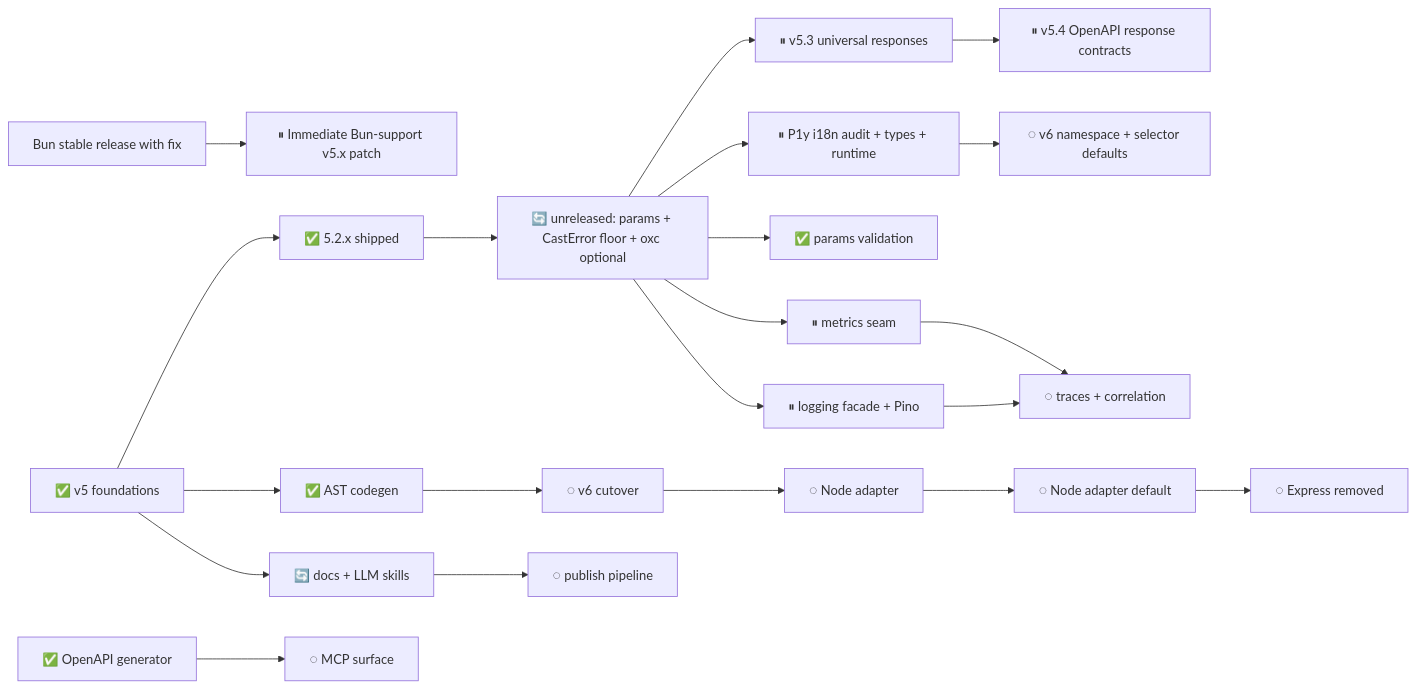
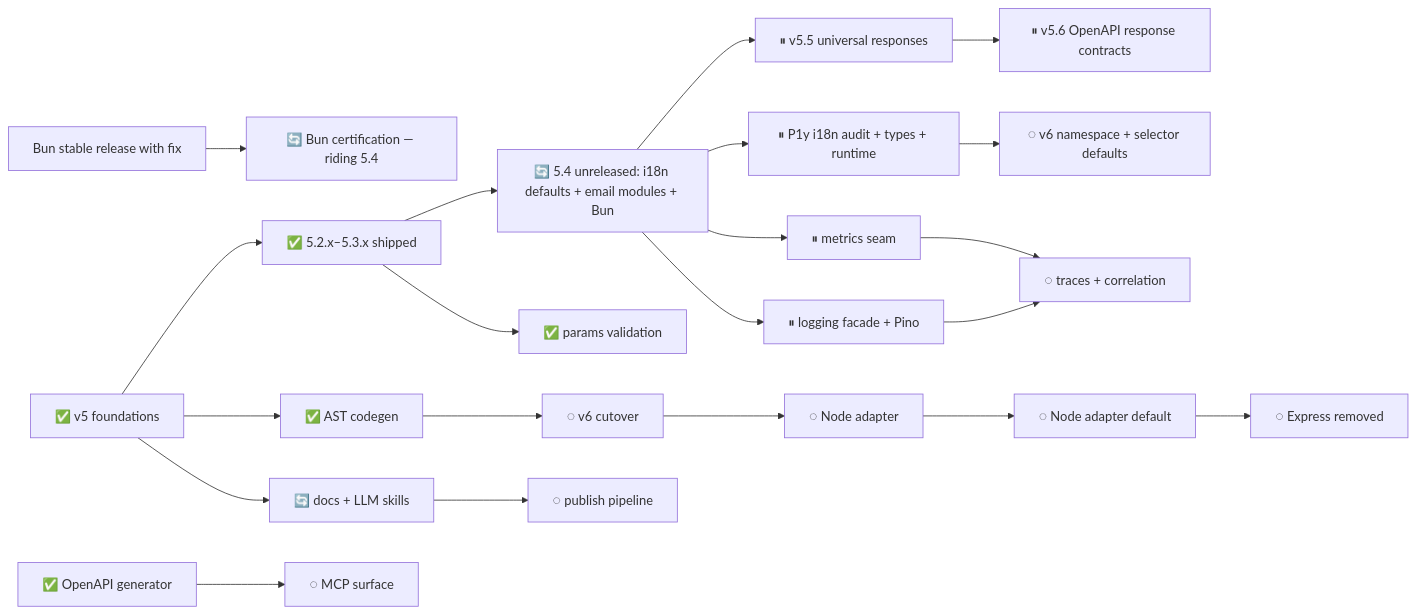
Before and after one commit to adaptivestone/framework: the diagram in .plans/refactor/README.md, drawn with Mermaid. The commit also changed other lines of this file and 11 other files, not shown here.

Commit message:
add initial bun support

````diff
--- a/.plans/refactor/README.md
+++ b/.plans/refactor/README.md
@@ -42,30 +42,30 @@
 ```mermaid
 flowchart LR
-    Foundation["✅ v5 foundations"] --> Patch["✅ 5.2.x shipped"]
-    Patch --> Unreleased["🔄 unreleased: params + CastError floor + oxc optional"]
+    Foundation["✅ v5 foundations"] --> Patch["✅ 5.2.x–5.3.x shipped"]
+    Patch --> Unreleased["🔄 5.4 unreleased: i18n defaults + email modules + Bun"]
 
-    Unreleased --> Responses["⏸ v5.3 universal responses"]
-    Responses --> OpenAPI["⏸ v5.4 OpenAPI response contracts"]
+    Unreleased --> Responses["⏸ v5.5 universal responses"]
+    Responses --> OpenAPI["⏸ v5.6 OpenAPI response contracts"]
 
-    BunRelease["Bun stable release with fix"] --> BunSupport["⏸ Immediate Bun-support v5.x patch"]
+    BunRelease["Bun stable release with fix"] --> BunSupport["🔄 Bun certification — riding 5.4"]
 
     Unreleased --> I18nV5["⏸ P1y i18n audit + types + runtime"]
     I18nV5 --> I18nV6["◌ v6 namespace + selector defaults"]
 
     Foundation --> Codegen["✅ AST codegen"]
     Codegen --> V6["◌ v6 cutover"]
     V6 --> NodeAdapter["◌ Node adapter"]
     NodeAdapter --> DefaultNode["◌ Node adapter default"]
     DefaultNode --> DropExpress["◌ Express removed"]
 
     Foundation --> Docs["🔄 docs + LLM skills"]
     Docs --> Publish["◌ publish pipeline"]
 
-    Unreleased --> Params["✅ params validation"]
+    Patch --> Params["✅ params validation"]
     Unreleased --> Metrics["⏸ metrics seam"]
     Unreleased --> Logging["⏸ logging facade + Pino"]
     Logging --> Observability["◌ traces + correlation"]
     Metrics --> Observability
 
     OpenAPIGen["✅ OpenAPI generator"] --> MCP["◌ MCP surface"]
 ```
````
